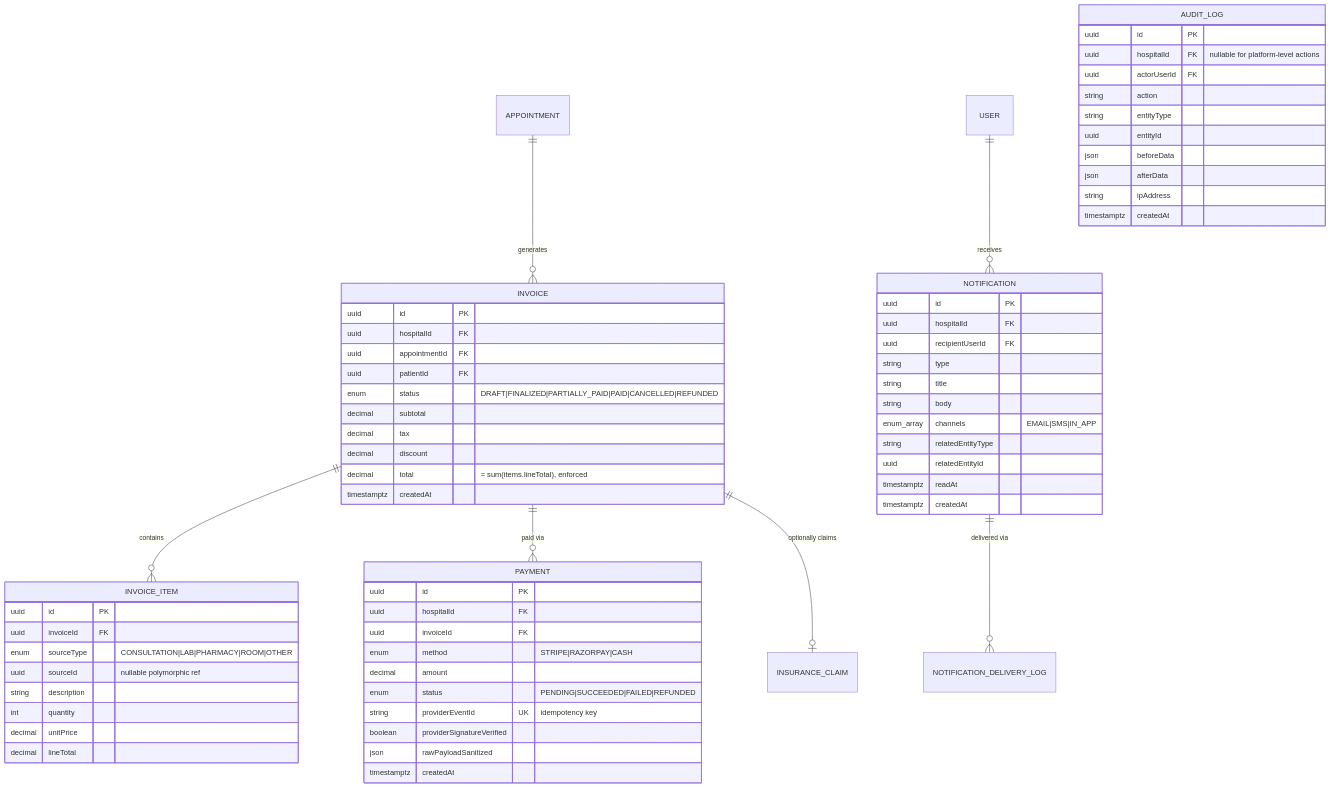
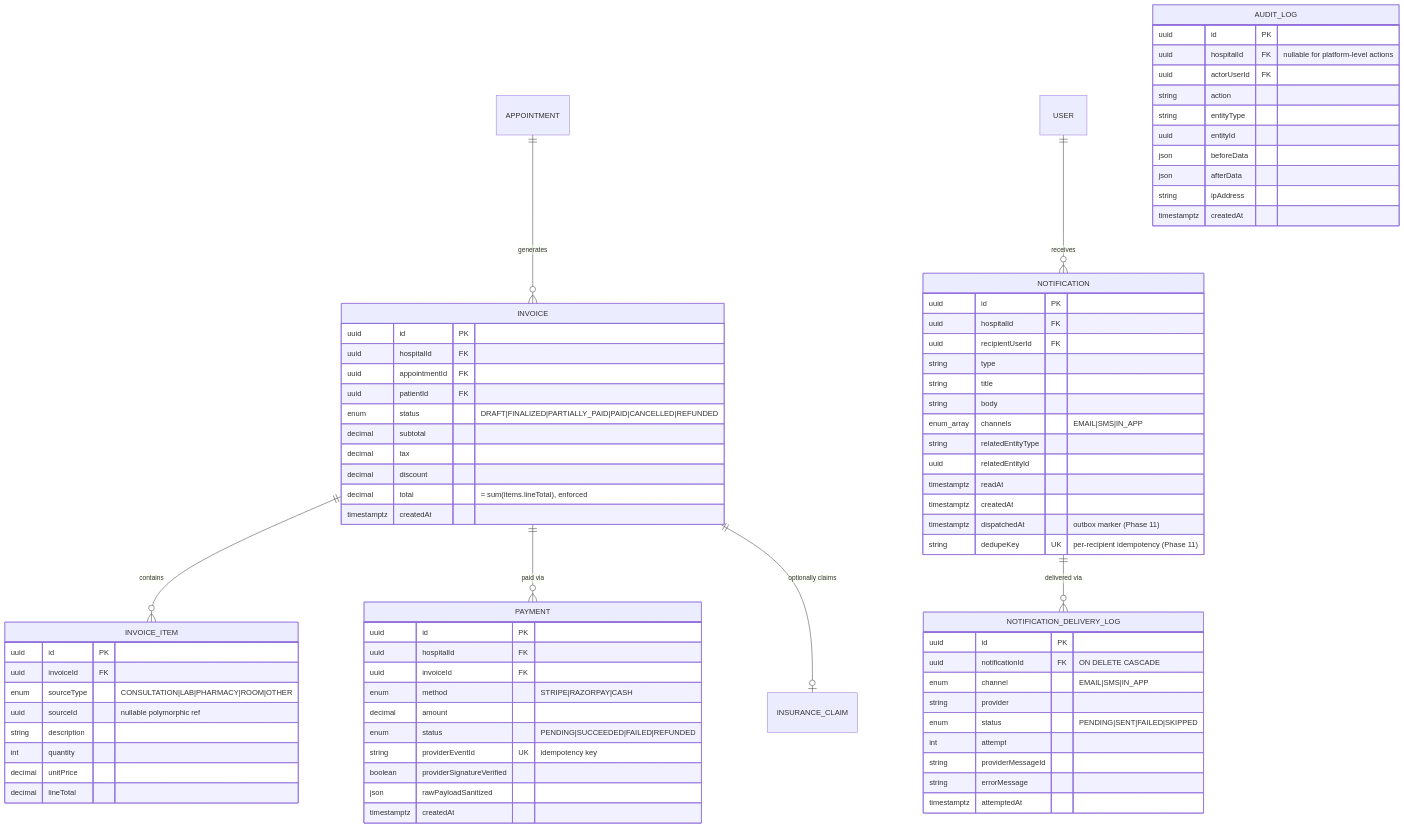
Before and after one commit to vatsdevansh18/medcore-hms: the fifth of 5 diagrams in docs/06-DATABASE-DESIGN.md, drawn with Mermaid. The commit also changed other lines of this file and 71 other files, not shown here.

````diff
--- a/docs/06-DATABASE-DESIGN.md
+++ b/docs/06-DATABASE-DESIGN.md
@@ -264,69 +264,82 @@
 ```mermaid
 erDiagram
     APPOINTMENT ||--o{ INVOICE : generates
     INVOICE ||--o{ INVOICE_ITEM : contains
     INVOICE ||--o{ PAYMENT : "paid via"
     INVOICE ||--o| INSURANCE_CLAIM : "optionally claims"
     USER ||--o{ NOTIFICATION : receives
     NOTIFICATION ||--o{ NOTIFICATION_DELIVERY_LOG : "delivered via"
 
     INVOICE {
         uuid id PK
         uuid hospitalId FK
         uuid appointmentId FK
         uuid patientId FK
         enum status "DRAFT|FINALIZED|PARTIALLY_PAID|PAID|CANCELLED|REFUNDED"
         decimal subtotal
         decimal tax
         decimal discount
         decimal total "= sum(items.lineTotal), enforced"
         timestamptz createdAt
     }
     INVOICE_ITEM {
         uuid id PK
         uuid invoiceId FK
         enum sourceType "CONSULTATION|LAB|PHARMACY|ROOM|OTHER"
         uuid sourceId "nullable polymorphic ref"
         string description
         int quantity
         decimal unitPrice
         decimal lineTotal
     }
     PAYMENT {
         uuid id PK
         uuid hospitalId FK
         uuid invoiceId FK
         enum method "STRIPE|RAZORPAY|CASH"
         decimal amount
         enum status "PENDING|SUCCEEDED|FAILED|REFUNDED"
         string providerEventId UK "idempotency key"
         boolean providerSignatureVerified
         json rawPayloadSanitized
         timestamptz createdAt
     }
     NOTIFICATION {
         uuid id PK
         uuid hospitalId FK
         uuid recipientUserId FK
         string type
         string title
         string body
         enum_array channels "EMAIL|SMS|IN_APP"
         string relatedEntityType
         uuid relatedEntityId
         timestamptz readAt
         timestamptz createdAt
+        timestamptz dispatchedAt "outbox marker (Phase 11)"
+        string dedupeKey UK "per-recipient idempotency (Phase 11)"
+    }
+    NOTIFICATION_DELIVERY_LOG {
+        uuid id PK
+        uuid notificationId FK "ON DELETE CASCADE"
+        enum channel "EMAIL|SMS|IN_APP"
+        string provider
+        enum status "PENDING|SENT|FAILED|SKIPPED"
+        int attempt
+        string providerMessageId
+        string errorMessage
+        timestamptz attemptedAt
     }
     AUDIT_LOG {
         uuid id PK
         uuid hospitalId FK "nullable for platform-level actions"
         uuid actorUserId FK
         string action
         string entityType
         uuid entityId
         json beforeData
         json afterData
         string ipAddress
         timestamptz createdAt
     }
 ```
````
